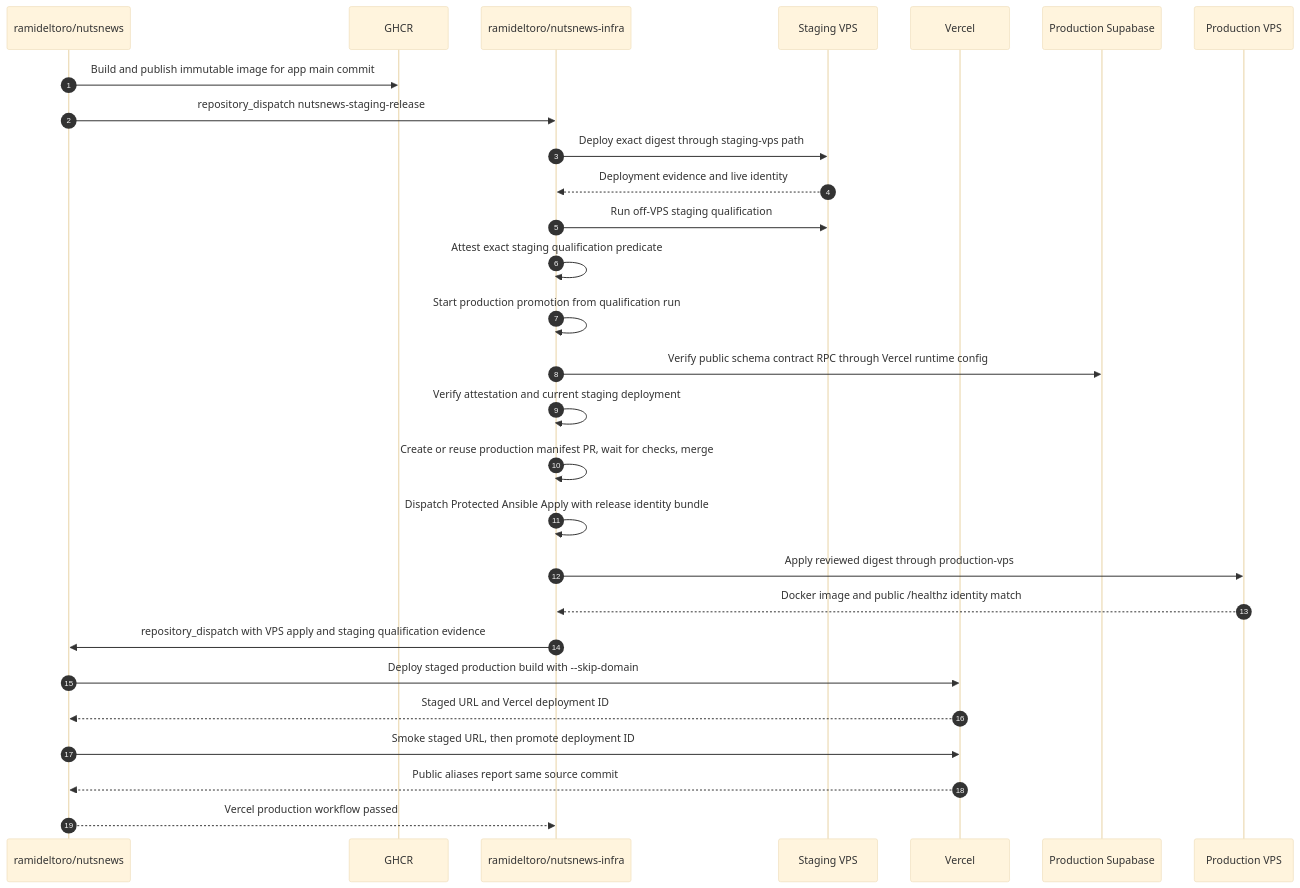
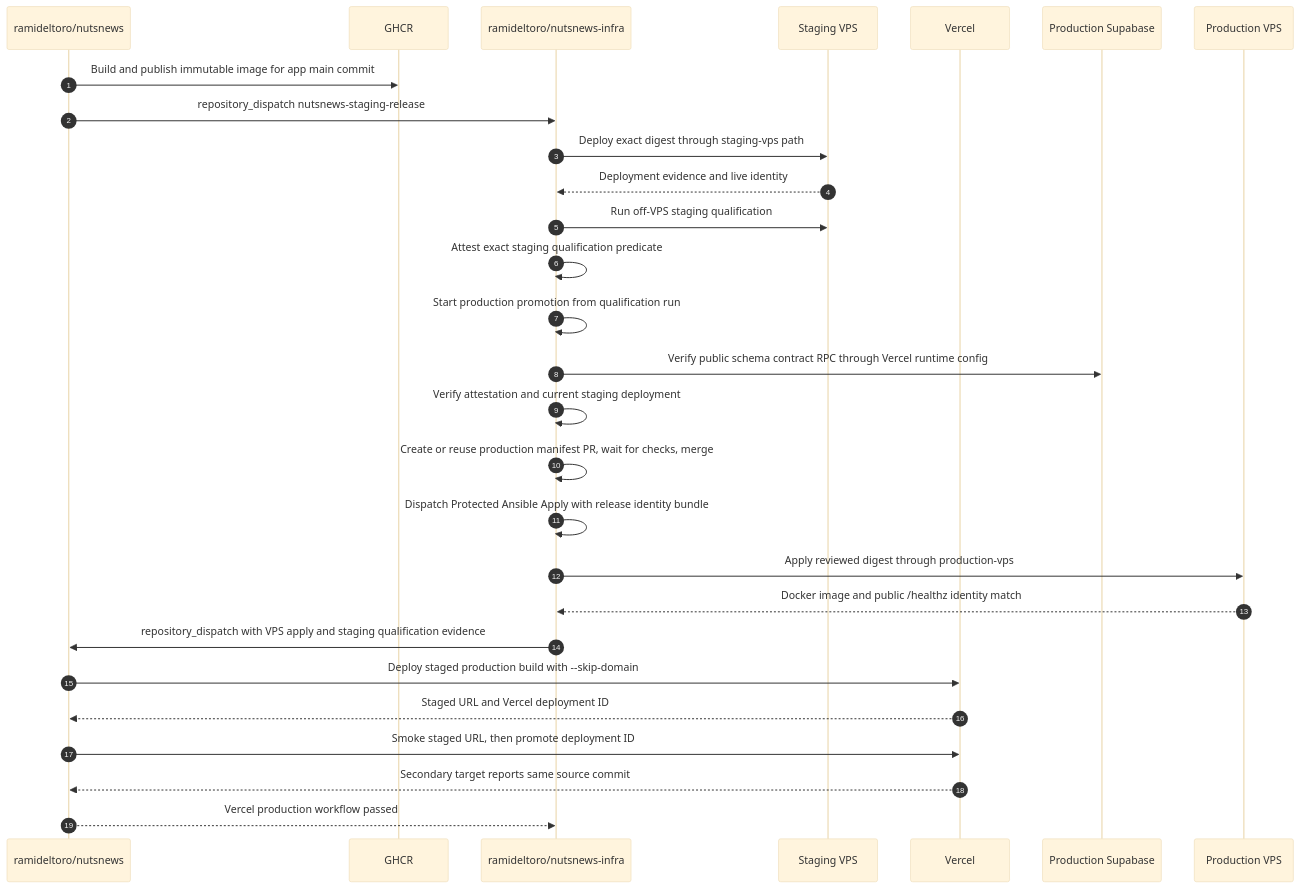
One commit to ramideltoro/nutsnews-docs changed the second of 3 diagrams in NUTSNEWS_RELEASE_PIPELINE.md. Above: the diagram before and after it, drawn with Mermaid (base theme). The commit also changed other lines of this file and 2 other files, not shown here.

````diff
--- a/NUTSNEWS_RELEASE_PIPELINE.md
+++ b/NUTSNEWS_RELEASE_PIPELINE.md
@@ -195,31 +198,31 @@
 ```mermaid
 sequenceDiagram
   autonumber
   participant App as ramideltoro/nutsnews
   participant GHCR as GHCR
   participant Infra as ramideltoro/nutsnews-infra
   participant Stage as Staging VPS
   participant Vercel as Vercel
   participant Supabase as Production Supabase
   participant Prod as Production VPS
 
   App->>GHCR: Build and publish immutable image for app main commit
   App->>Infra: repository_dispatch nutsnews-staging-release
   Infra->>Stage: Deploy exact digest through staging-vps path
   Stage-->>Infra: Deployment evidence and live identity
   Infra->>Stage: Run off-VPS staging qualification
   Infra->>Infra: Attest exact staging qualification predicate
   Infra->>Infra: Start production promotion from qualification run
   Infra->>Supabase: Verify public schema contract RPC through Vercel runtime config
   Infra->>Infra: Verify attestation and current staging deployment
   Infra->>Infra: Create or reuse production manifest PR, wait for checks, merge
   Infra->>Infra: Dispatch Protected Ansible Apply with release identity bundle
   Infra->>Prod: Apply reviewed digest through production-vps
   Prod-->>Infra: Docker image and public /healthz identity match
   Infra->>App: repository_dispatch with VPS apply and staging qualification evidence
   App->>Vercel: Deploy staged production build with --skip-domain
   Vercel-->>App: Staged URL and Vercel deployment ID
   App->>Vercel: Smoke staged URL, then promote deployment ID
-  Vercel-->>App: Public aliases report same source commit
+  Vercel-->>App: Secondary target reports same source commit
   App-->>Infra: Vercel production workflow passed
 ```
````
